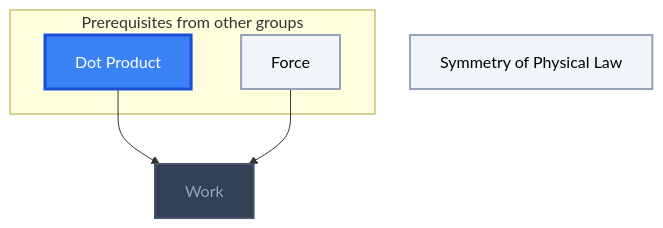
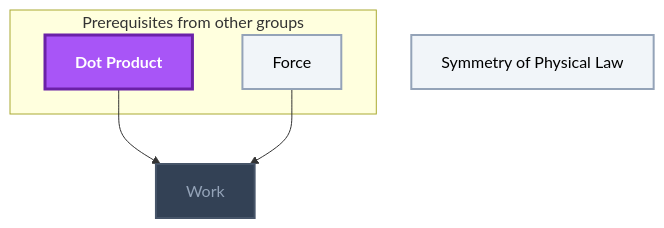
Diagram 11 of 15 in Gamification/Skill Trees/Classical Mechanics.md (MRauf1/My-Notes), drawn with Mermaid before and after one commit. The commit also changed other lines of this file and 145 other files, not shown here.

````diff
--- a/Gamification/Skill Trees/Classical Mechanics.md
+++ b/Gamification/Skill Trees/Classical Mechanics.md
@@ -356,24 +357,24 @@
 ```mermaid
 flowchart TD
     classDef planned fill:#1E293B,stroke:#64748B,stroke-width:2px,stroke-dasharray:5 5,color:#94A3B8;
     classDef locked fill:#334155,stroke:#475569,stroke-width:2px,color:#94A3B8;
     classDef L0 fill:#F1F5F9,stroke:#94A3B8,stroke-width:2px,color:#000000;
     classDef L1 fill:#22C55E,stroke:#15803D,stroke-width:2px,color:#000000;
     classDef L2 fill:#3B82F6,stroke:#1D4ED8,stroke-width:3px,color:#FFFFFF;
     classDef L3 fill:#A855F7,stroke:#6B21A8,stroke-width:3px,color:#FFFFFF,font-weight:bold;
     classDef L4 fill:#F97316,stroke:#C2410C,stroke-width:4px,color:#000000,font-weight:bold;
     classDef L5 fill:#FFD700,stroke:#FF8C00,stroke-width:5px,color:#000000,font-weight:bold;
     classDef rusty stroke:#8B4513,stroke-width:4px,stroke-dasharray:3 3;
     subgraph sg_prereqs["Prerequisites from other groups"]
         n_dot_product["Dot Product"]
         n_force["Force"]
     end
     n_symmetry_of_physical_law["Symmetry of Physical Law"]
     n_work["Work"]
     n_dot_product --> n_work
     n_force --> n_work
     class n_work locked;
     class n_force,n_symmetry_of_physical_law L0;
-    class n_dot_product L2;
+    class n_dot_product L3;
     class n_dot_product,n_force,n_symmetry_of_physical_law,n_work internal-link;
 ```
````
